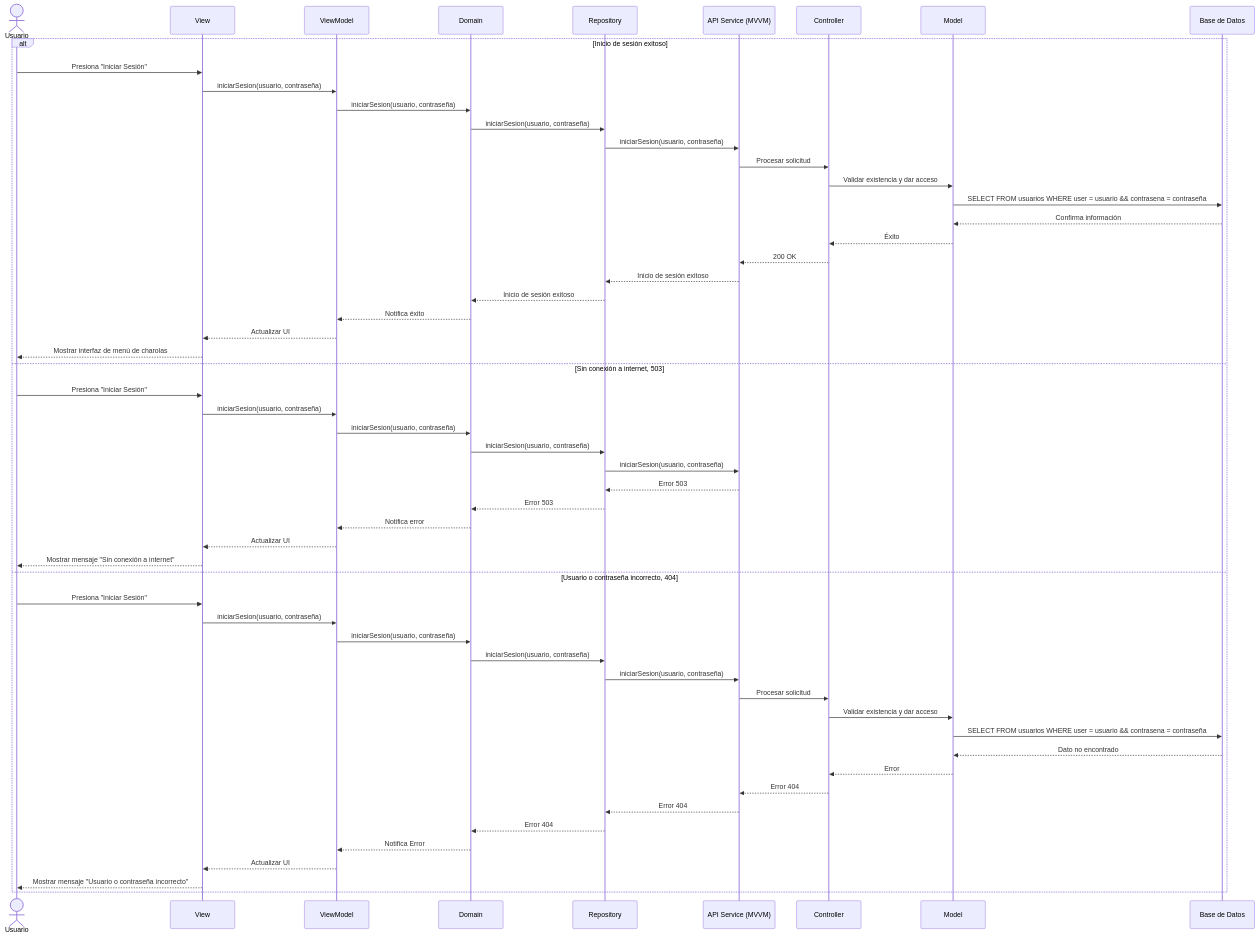
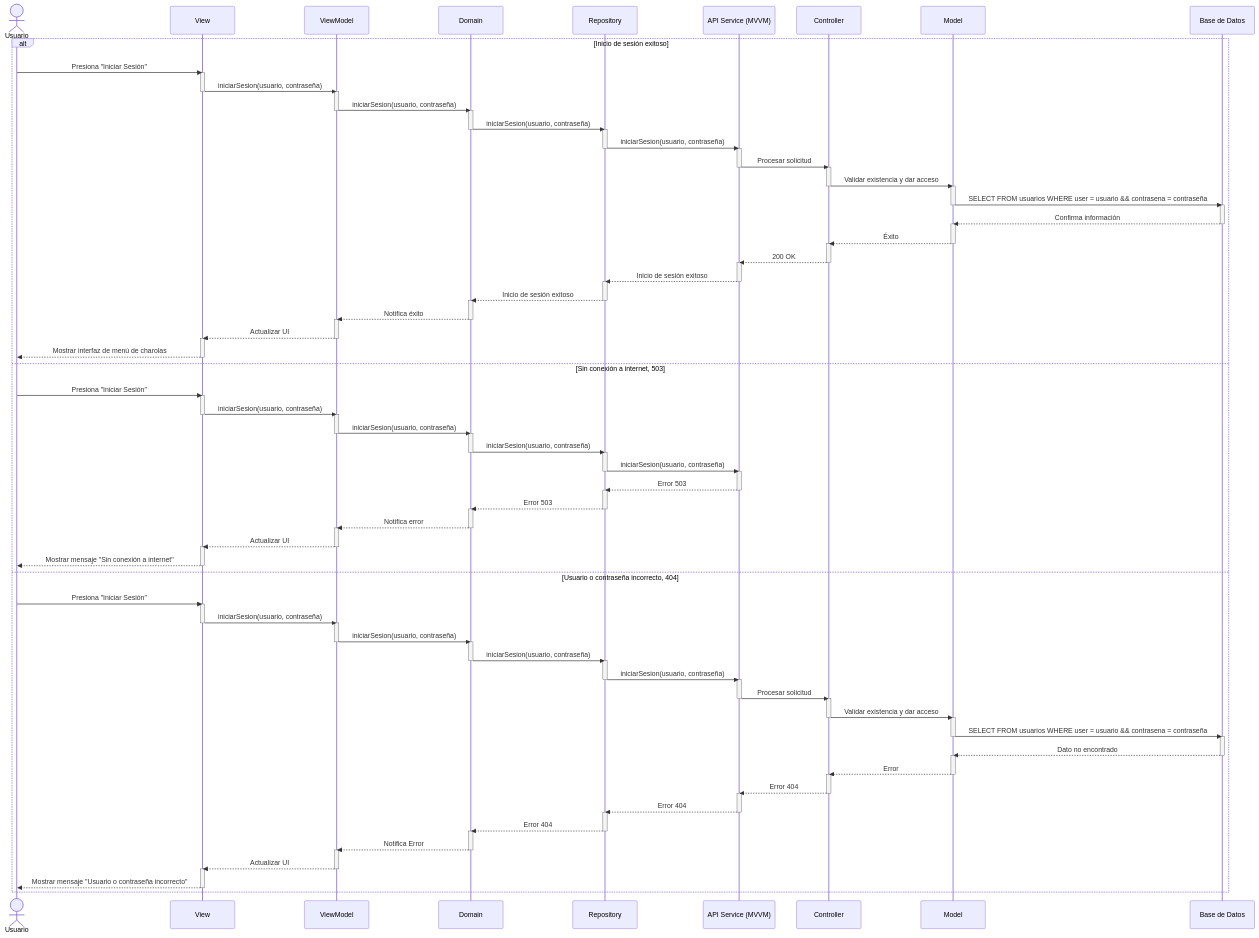
The diagram in documentation/docs/proyectos/larvas/documentacion/requisitos/RF1.md (CodeAnd-Co/Documentacion), drawn with Mermaid before and after one commit. The commit also changed other lines of this file, not shown here.

Commit message:
Agregados bloques de secuencia y estandar de versionamiento

````diff
--- a/documentation/docs/proyectos/larvas/documentacion/requisitos/RF1.md
+++ b/documentation/docs/proyectos/larvas/documentacion/requisitos/RF1.md
@@ -37,55 +36,167 @@
 
     alt Inicio de sesión exitoso
         Usuario->>View: Presiona "Iniciar Sesión"
+        activate View
+
         View->>ViewModel: iniciarSesion(usuario, contraseña)
+        deactivate View
+        activate ViewModel
+
         ViewModel->>Domain: iniciarSesion(usuario, contraseña)
+        deactivate ViewModel
+        activate Domain
+
         Domain->>Repository: iniciarSesion(usuario, contraseña)
+        deactivate Domain
+        activate Repository
 
         Repository->>APIService: iniciarSesion(usuario, contraseña)
+        deactivate Repository
+        activate APIService
+
         APIService->>Controller: Procesar solicitud
+        deactivate APIService
+        activate Controller
+
         Controller->>Model: Validar existencia y dar acceso
+        deactivate Controller
+        activate Model
+
         Model->>Database: SELECT FROM usuarios WHERE user = usuario && contrasena = contraseña
+        deactivate Model
+        activate Database
 
         Database-->>Model: Confirma información
+        deactivate Database
+        activate Model
+
         Model-->>Controller: Éxito
+        deactivate Model
+        activate Controller
+
         Controller-->>APIService: 200 OK
+        deactivate Controller
+        activate APIService
+
         APIService-->>Repository: Inicio de sesión exitoso
+        deactivate APIService
+        activate Repository
+
         Repository-->>Domain: Inicio de sesión exitoso
+        deactivate Repository
+        activate Domain
+
         Domain-->>ViewModel: Notifica éxito
+        deactivate Domain
+        activate ViewModel
+
         ViewModel-->>View: Actualizar UI
+        deactivate ViewModel
+        activate View
+
         View-->>Usuario: Mostrar interfaz de menú de charolas
+        deactivate View
     else Sin conexión a internet, 503
         Usuario->>View: Presiona "Iniciar Sesión"
+        activate View
+
         View->>ViewModel: iniciarSesion(usuario, contraseña)
+        deactivate View
+        activate ViewModel
+
         ViewModel->>Domain: iniciarSesion(usuario, contraseña)
+        deactivate ViewModel
+        activate Domain
+
         Domain->>Repository: iniciarSesion(usuario, contraseña)
+        deactivate Domain
+        activate Repository
 
         Repository->>APIService: iniciarSesion(usuario, contraseña)
+        deactivate Repository
+        activate APIService
 
         APIService-->>Repository: Error 503
+        deactivate APIService
+        activate Repository
+
         Repository-->>Domain: Error 503
+        deactivate Repository
+        activate Domain
+
         Domain-->>ViewModel: Notifica error
+        deactivate Domain
+        activate ViewModel
+
         ViewModel-->>View: Actualizar UI
+        deactivate ViewModel
+        activate View
+
         View-->>Usuario: Mostrar mensaje "Sin conexión a internet"
+        deactivate View
+        
     else Usuario o contraseña incorrecto, 404
         Usuario->>View: Presiona "Iniciar Sesión"
+        activate View
+
         View->>ViewModel: iniciarSesion(usuario, contraseña)
+        deactivate View
+        activate ViewModel
+
         ViewModel->>Domain: iniciarSesion(usuario, contraseña)
+        deactivate ViewModel
+        activate Domain
+
         Domain->>Repository: iniciarSesion(usuario, contraseña)
+        deactivate Domain
+        activate Repository
 
         Repository->>APIService: iniciarSesion(usuario, contraseña)
+        deactivate Repository
+        activate APIService
+
         APIService->>Controller: Procesar solicitud
+        deactivate APIService
+        activate Controller
+
         Controller->>Model: Validar existencia y dar acceso
+        deactivate Controller
+        activate Model
+
         Model->>Database: SELECT FROM usuarios WHERE user = usuario && contrasena = contraseña
+        deactivate Model
+        activate Database
 
         Database-->>Model: Dato no encontrado
+        deactivate Database
+        activate Model
+
         Model-->>Controller: Error
+        deactivate Model
+        activate Controller
+
         Controller-->>APIService: Error 404
+        deactivate Controller
+        activate APIService
+
         APIService-->>Repository: Error 404
+        deactivate APIService
+        activate Repository
+
         Repository-->>Domain: Error 404
+        deactivate Repository
+        activate Domain
+
         Domain-->>ViewModel: Notifica Error
+        deactivate Domain
+        activate ViewModel
+
         ViewModel-->>View: Actualizar UI
+        deactivate ViewModel
+        activate View
+
         View-->>Usuario: Mostrar mensaje "Usuario o contraseña incorrecto"
+        deactivate View
     end
 
 ```
````
